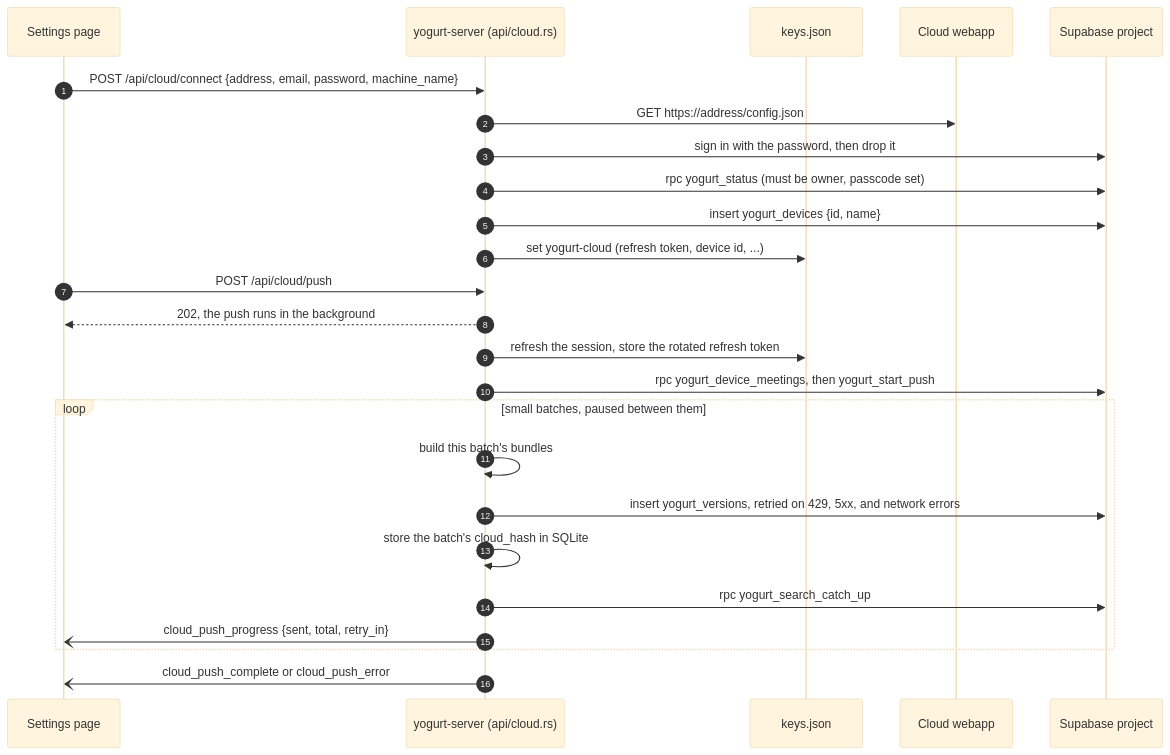
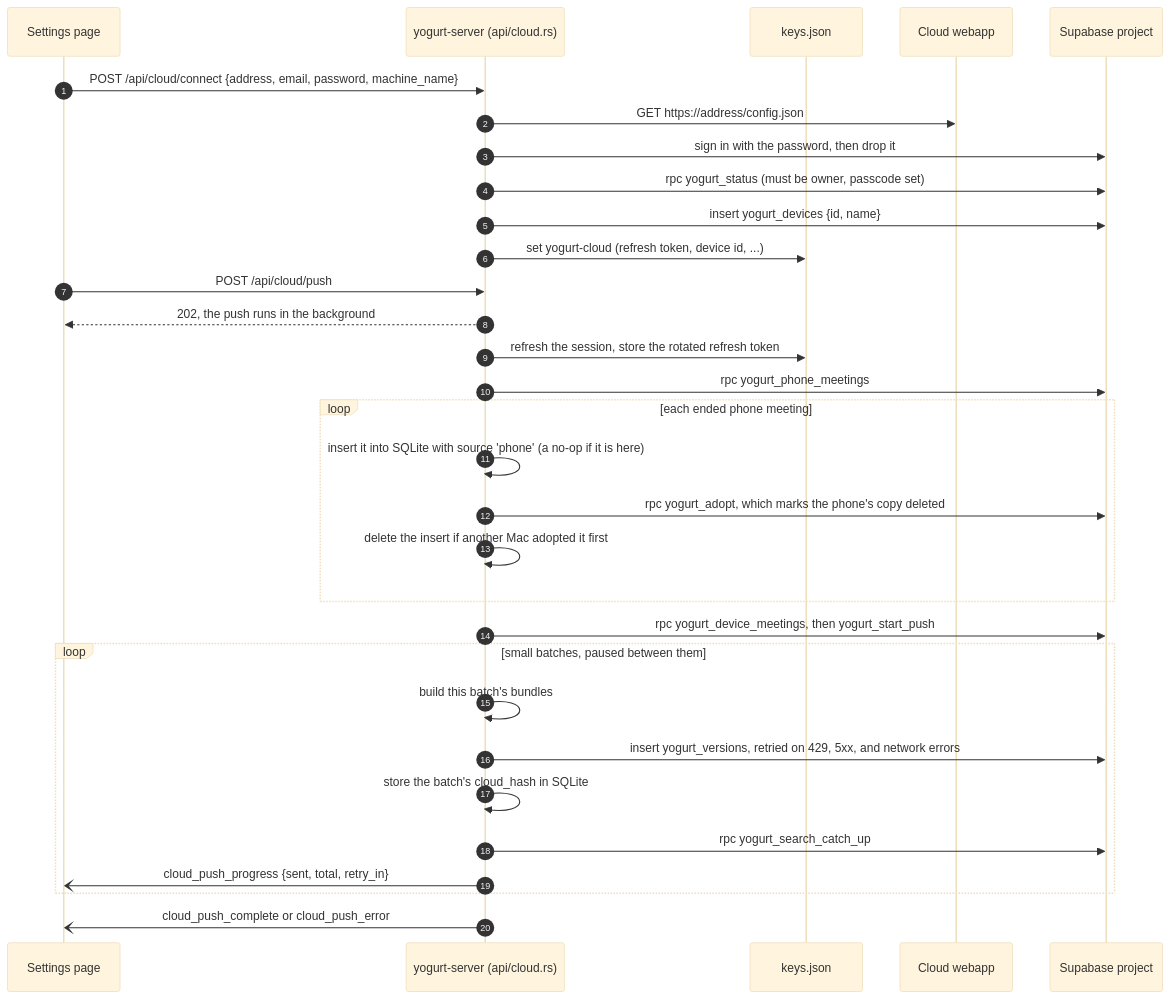
Diagram 13 of 14 in docs/ARCHITECTURE.md (jarvisrchen/yogurt), drawn with Mermaid (base theme) before and after one commit. The commit also changed other lines of this file and 182 other files, not shown here.

First line of the commit message:
MOB-1: Record, enhance, and chat about a meeting on a phone, with an Android app and Mac adoption (#236)

````diff
--- a/docs/ARCHITECTURE.md
+++ b/docs/ARCHITECTURE.md
@@ -885,28 +908,34 @@
 ```mermaid
 sequenceDiagram
   autonumber
   participant UI as Settings page
   participant S as yogurt-server (api/cloud.rs)
   participant K as keys.json
   participant W as Cloud webapp
   participant P as Supabase project
 
   UI->>S: POST /api/cloud/connect {address, email, password, machine_name}
   S->>W: GET https://address/config.json
   S->>P: sign in with the password, then drop it
   S->>P: rpc yogurt_status (must be owner, passcode set)
   S->>P: insert yogurt_devices {id, name}
   S->>K: set yogurt-cloud (refresh token, device id, ...)
   UI->>S: POST /api/cloud/push
   S-->>UI: 202, the push runs in the background
   S->>K: refresh the session, store the rotated refresh token
+  S->>P: rpc yogurt_phone_meetings
+  loop each ended phone meeting
+    S->>S: insert it into SQLite with source 'phone' (a no-op if it is here)
+    S->>P: rpc yogurt_adopt, which marks the phone's copy deleted
+    S->>S: delete the insert if another Mac adopted it first
+  end
   S->>P: rpc yogurt_device_meetings, then yogurt_start_push
   loop small batches, paused between them
     S->>S: build this batch's bundles
     S->>P: insert yogurt_versions, retried on 429, 5xx, and network errors
     S->>S: store the batch's cloud_hash in SQLite
     S->>P: rpc yogurt_search_catch_up
     S-)UI: cloud_push_progress {sent, total, retry_in}
   end
   S-)UI: cloud_push_complete or cloud_push_error
 ```
````
